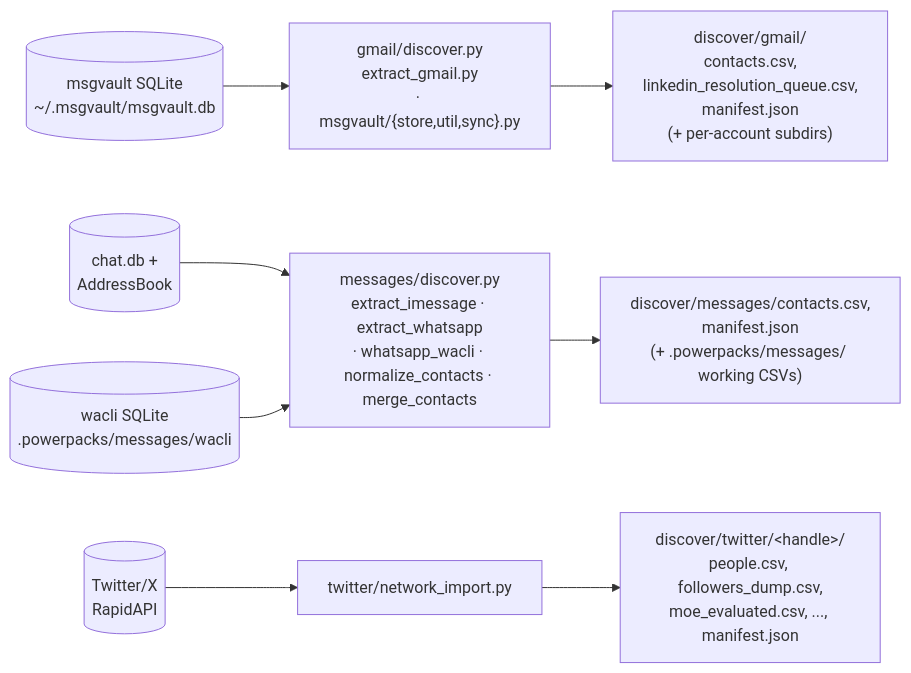
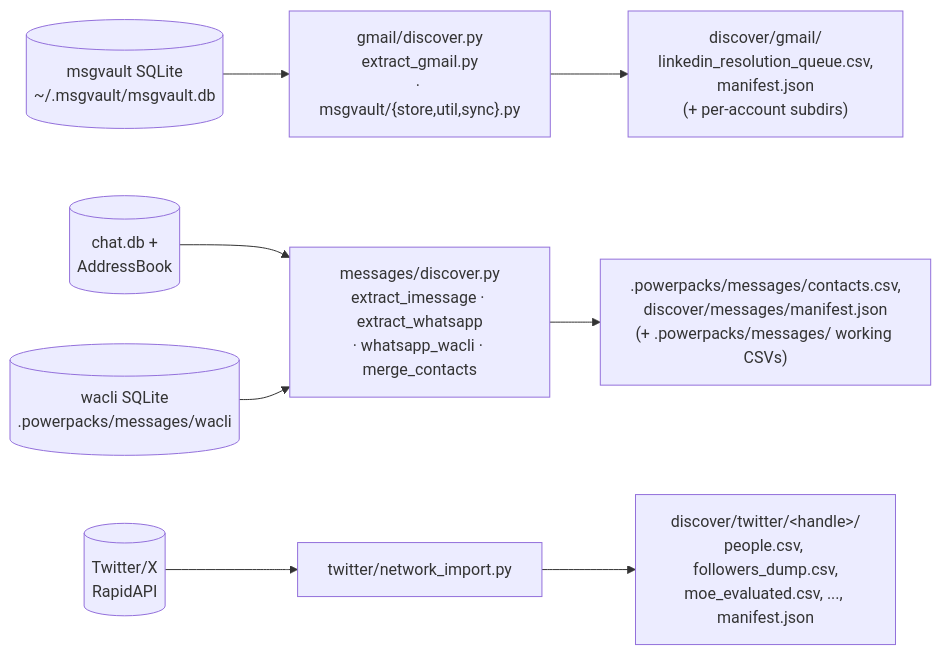
Before and after one commit to powerset-co/powerpacks: the diagram in packs/ingestion/primitives/discover/README.md, drawn with Mermaid. The commit also changed other lines of this file and 66 other files, not shown here.

````diff
--- a/packs/ingestion/primitives/discover/README.md
+++ b/packs/ingestion/primitives/discover/README.md
@@ -52,16 +70,16 @@
 ```mermaid
 flowchart LR
   MV[("msgvault SQLite<br/>~/.msgvault/msgvault.db")]
   CDB[("chat.db +<br/>AddressBook")]
   WA[("wacli SQLite<br/>.powerpacks/messages/wacli")]
   TW[("Twitter/X<br/>RapidAPI")]
 
   MV --> GDISC["gmail/discover.py<br/>extract_gmail.py<br/>· msgvault/{store,util,sync}.py"]
-  CDB --> MDISC["messages/discover.py<br/>extract_imessage · extract_whatsapp<br/>· whatsapp_wacli · normalize_contacts · merge_contacts"]
+  CDB --> MDISC["messages/discover.py<br/>extract_imessage · extract_whatsapp<br/>· whatsapp_wacli · merge_contacts"]
   WA --> MDISC
   TW --> TDISC["twitter/network_import.py"]
 
-  GDISC --> GOUT["discover/gmail/<br/>contacts.csv,<br/>linkedin_resolution_queue.csv,<br/>manifest.json<br/>(+ per-account subdirs)"]
-  MDISC --> MOUT["discover/messages/contacts.csv,<br/>manifest.json<br/>(+ .powerpacks/messages/ working CSVs)"]
+  GDISC --> GOUT["discover/gmail/<br/>linkedin_resolution_queue.csv,<br/>manifest.json<br/>(+ per-account subdirs)"]
+  MDISC --> MOUT[".powerpacks/messages/contacts.csv,<br/>discover/messages/manifest.json<br/>(+ .powerpacks/messages/ working CSVs)"]
   TDISC --> TOUT["discover/twitter/&lt;handle&gt;/<br/>people.csv, followers_dump.csv,<br/>moe_evaluated.csv, ..., manifest.json"]
 ```
````
